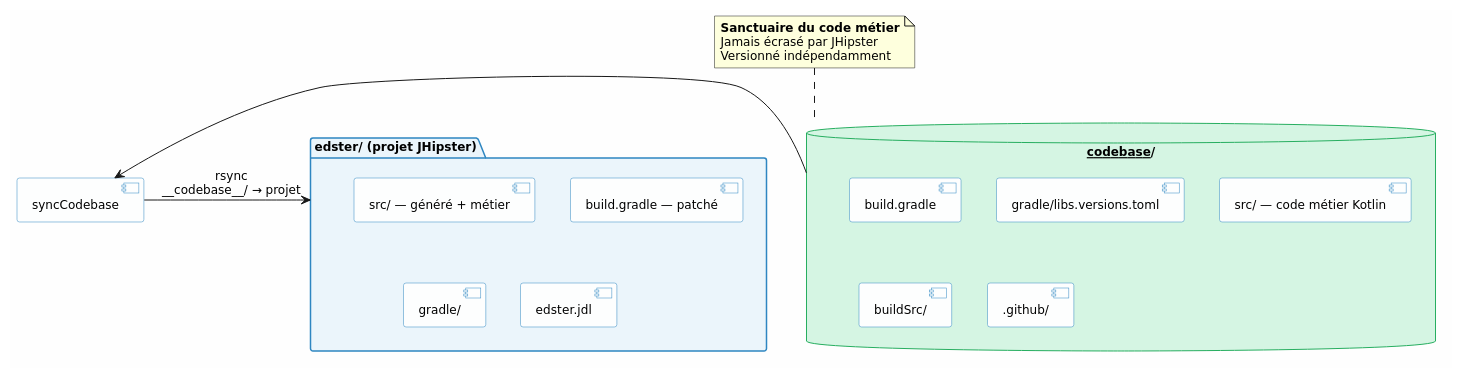
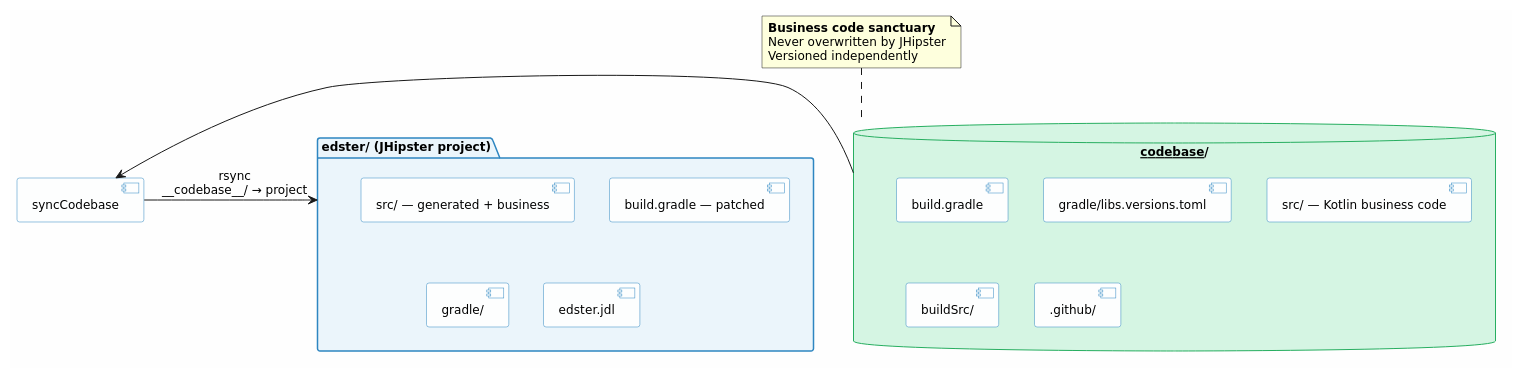
The second of 11 diagrams in persistence/README.adoc (cheroliv/jhipster-gradle-plugins), drawn with PlantUML before and after one commit. The commit also changed other lines of this file and 2 other files, not shown here.

Commit message:
🔧 docs(*README*.adoc): Update README with English translations and plugin ID change to com.cheroliv.jhipster.persistence.

```diff
--- a/persistence/README.adoc
+++ b/persistence/README.adoc
@@ -65,48 +65,48 @@
 [plantuml, solution-overview, svg]
 ....
 @startuml
 skinparam backgroundColor #FEFEFE
 skinparam defaultFontName "DejaVu Sans"
 skinparam defaultFontSize 12
 
 skinparam database {
   BackgroundColor #D5F5E3
   BorderColor     #27AE60
 }
 
 skinparam folder {
   BackgroundColor #EBF5FB
   BorderColor     #2E86C1
 }
 
 skinparam component {
   BackgroundColor #FDFEFE
   BorderColor     #2E86C1
 }
 
 database "__codebase__/" as cb {
   [build.gradle]
   [gradle/libs.versions.toml]
-  [src/ — code métier Kotlin]
+  [src/ — Kotlin business code]
   [buildSrc/]
   [.github/]
 }
 
-folder "edster/ (projet JHipster)" as jhp {
-  [src/ — généré + métier]
-  [build.gradle — patché]
+folder "edster/ (JHipster project)" as jhp {
+  [src/ — generated + business]
+  [build.gradle — patched]
   [gradle/]
   [edster.jdl]
 }
 
 note top of cb
-  **Sanctuaire du code métier**
-  Jamais écrasé par JHipster
-  Versionné indépendamment
+  **Business code sanctuary**
+  Never overwritten by JHipster
+  Versioned independently
 end note
 
-[syncCodebase] -right-> jhp : rsync\n__codebase__/ → projet
+[syncCodebase] -right-> jhp : rsync\n__codebase__/ → project
 cb -right-> [syncCodebase]
 
 @enduml
 ....
```
